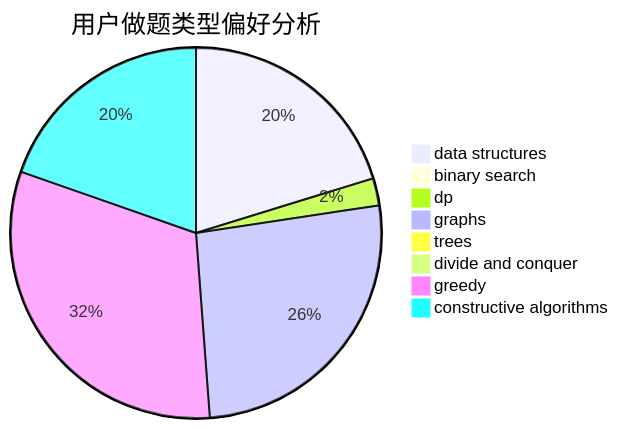
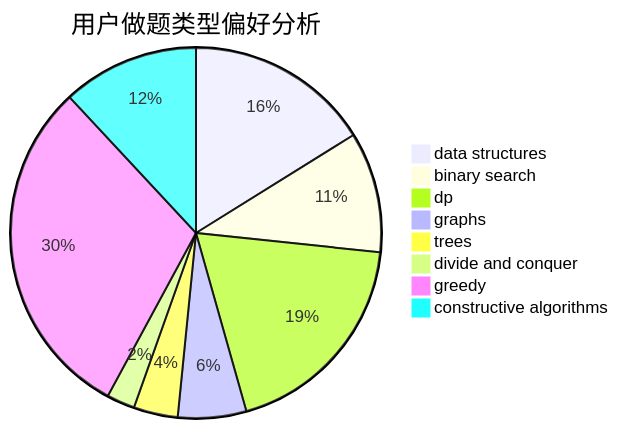
Before and after one commit to sherpahu/cfrs.github.io: the second of 3 diagrams in docs/user/u724.md, drawn with Mermaid. The commit also changed other lines of this file and 2770 other files, not shown here.

````diff
--- a/docs/user/u724.md
+++ b/docs/user/u724.md
@@ -23,11 +23,11 @@
 ```mermaid
 pie title 用户做题类型偏好分析
-    "data structures" :  34
-    "binary search" :  0
-    "dp" :  4
-    "graphs" :  44
-    "trees" :  0
-    "divide and conquer" :  0
-    "greedy" :  53
-    "constructive algorithms" :  33
+    "data structures" :  46
+    "binary search" :  30
+    "dp" :  54
+    "graphs" :  17
+    "trees" :  11
+    "divide and conquer" :  7
+    "greedy" :  86
+    "constructive algorithms" :  34
 ```
````
